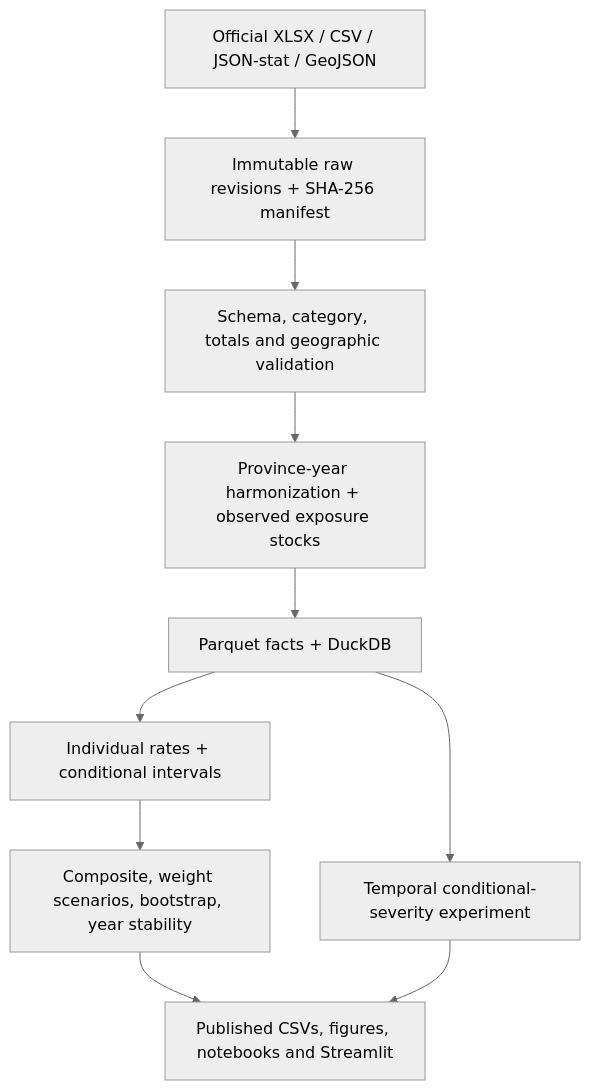
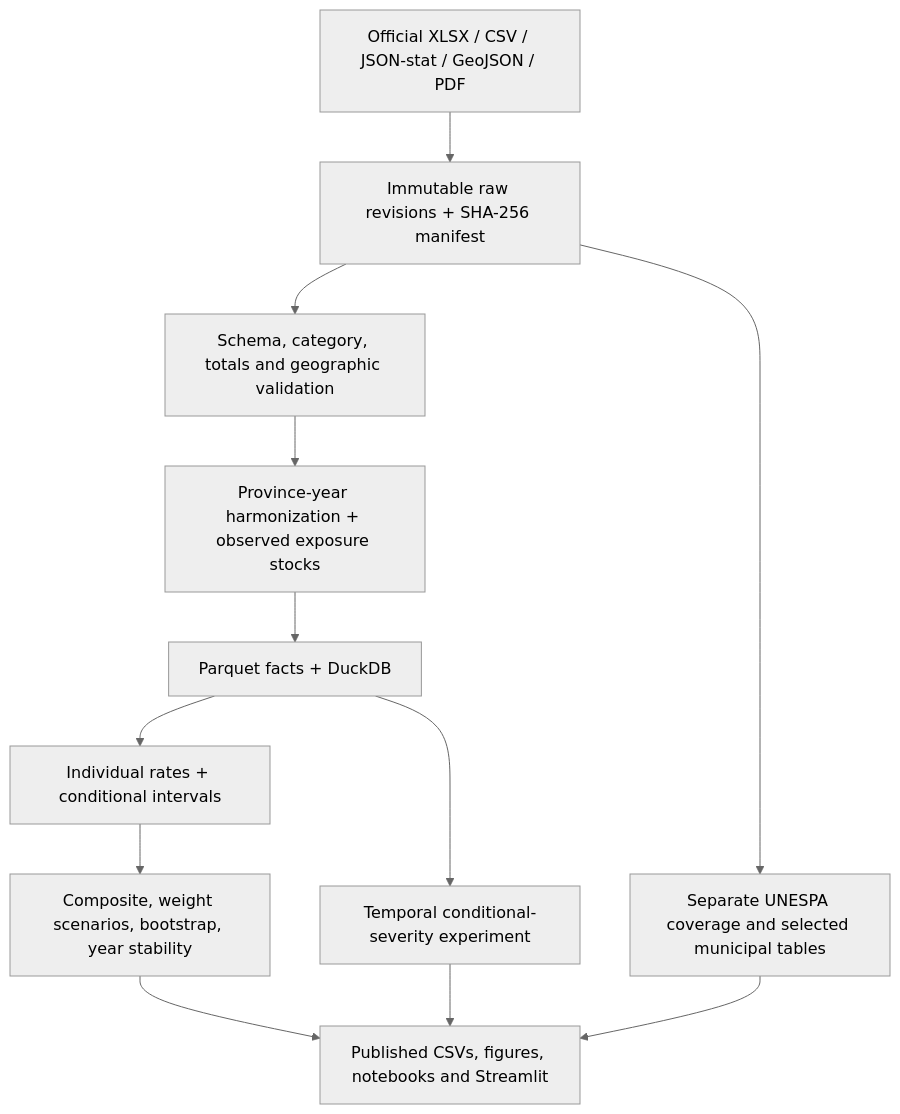
Before and after one commit to javiersaguar/EUROPEAN-BAD-DRIVERS: the diagram in README.md, drawn with Mermaid (neutral theme). The commit also changed other lines of this file and 29 other files, not shown here.

````diff
--- a/README.md
+++ b/README.md
@@ -74,12 +78,14 @@
 ```mermaid
 flowchart TD
-    A[Official XLSX / CSV / JSON-stat / GeoJSON] --> B[Immutable raw revisions + SHA-256 manifest]
+    A[Official XLSX / CSV / JSON-stat / GeoJSON / PDF] --> B[Immutable raw revisions + SHA-256 manifest]
     B --> C[Schema, category, totals and geographic validation]
     C --> D[Province-year harmonization + observed exposure stocks]
     D --> E[Parquet facts + DuckDB]
     E --> F[Individual rates + conditional intervals]
     F --> G[Composite, weight scenarios, bootstrap, year stability]
     E --> H[Temporal conditional-severity experiment]
     G --> I[Published CSVs, figures, notebooks and Streamlit]
     H --> I
+    B --> J[Separate UNESPA coverage and selected municipal tables]
+    J --> I
 ```
````
